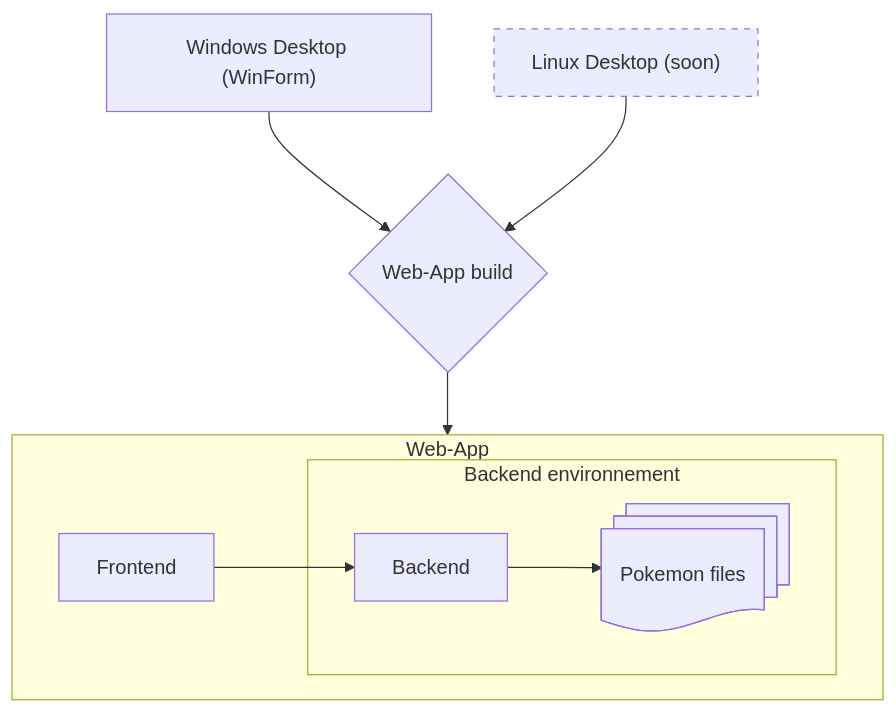
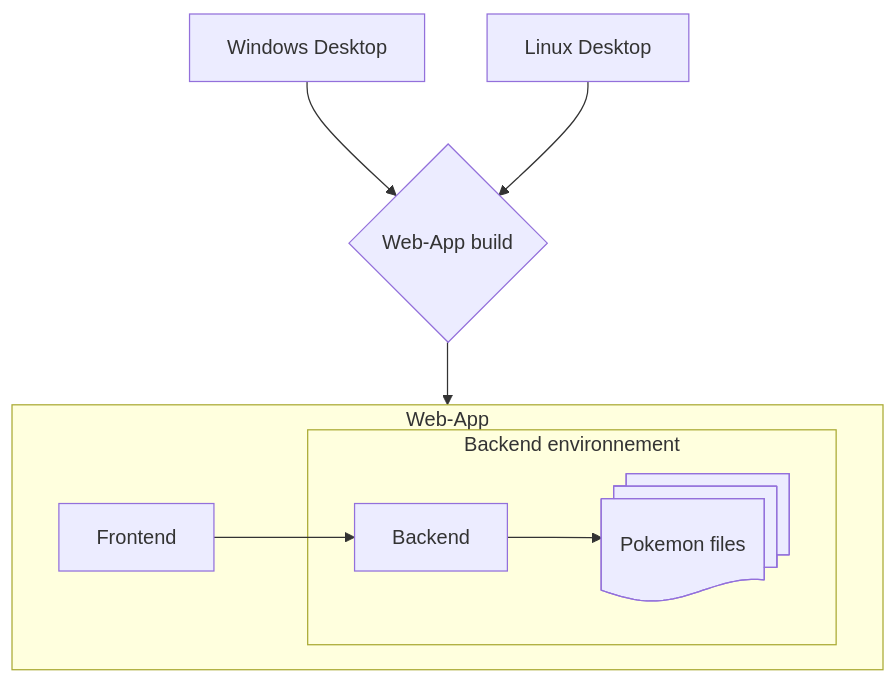
The diagram in docs/technical/README.md (Chnapy/PKVault), drawn with Mermaid before and after one commit. The commit also changed other lines of this file and 68 other files, not shown here.

First line of the commit message:
chore: add linux desktop (#45)

````diff
--- a/docs/technical/README.md
+++ b/docs/technical/README.md
@@ -12,24 +12,23 @@
 ```mermaid
 flowchart TD
     B[Backend]
     PF@{ shape: docs, label: "Pokemon files"}
     F[Frontend]
-    DW["Windows Desktop (WinForm)"]
 
-    DL["Linux Desktop (soon)"]
-    style DL stroke-dasharray: 5 5
+    DW["Windows Desktop"]
+    DL["Linux Desktop"]
 
     WAB{Web-App build}
 
     subgraph Web-App
         subgraph Backend environnement
         B --> PF
         end
     F --> B
     end
 
     WAB --> Web-App
     DW --> WAB
     DL --> WAB
 
 ```
````
